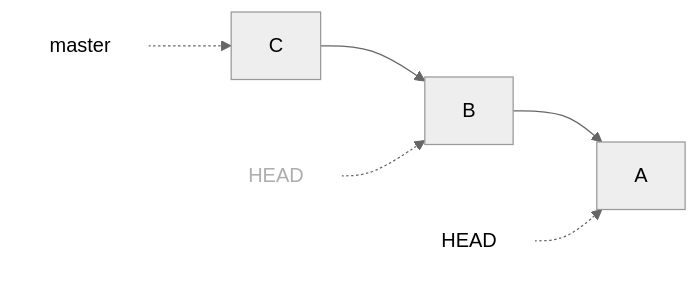
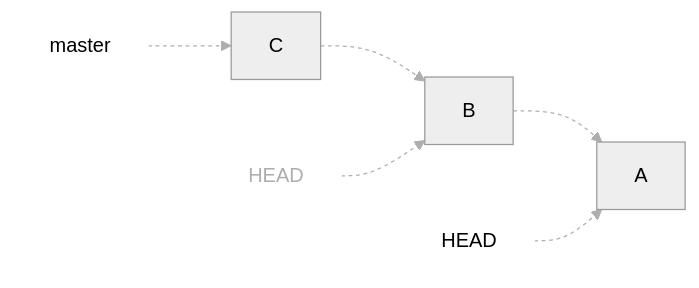
One commit to hpc2n/course-intro-git changed the third of 11 diagrams in docs/commits.md. Above: the diagram before and after it, drawn with Mermaid (neutral theme). The commit also changed other lines of this file, not shown here.

````diff
--- a/docs/commits.md
+++ b/docs/commits.md
@@ -444,17 +444,18 @@
 ```mermaid
 graph LR
   A["A"]
   B["B"]
   C["C"]
   master["master"]
   style master fill:#ffffff,stroke:#ffffff
   head["HEAD"]
   style head fill:#ffffff,stroke:#ffffff
   old_head["HEAD"]
   style old_head fill:#ffffff,stroke:#ffffff,color:#aeaeae
   B --> A
   C --> B
   master -.-> C
   head -.-> A
   old_head -.-> B
+  linkStyle default stroke:#aeaeae,stroke-width:1px,stroke-dasharray:3;
 ```
````
